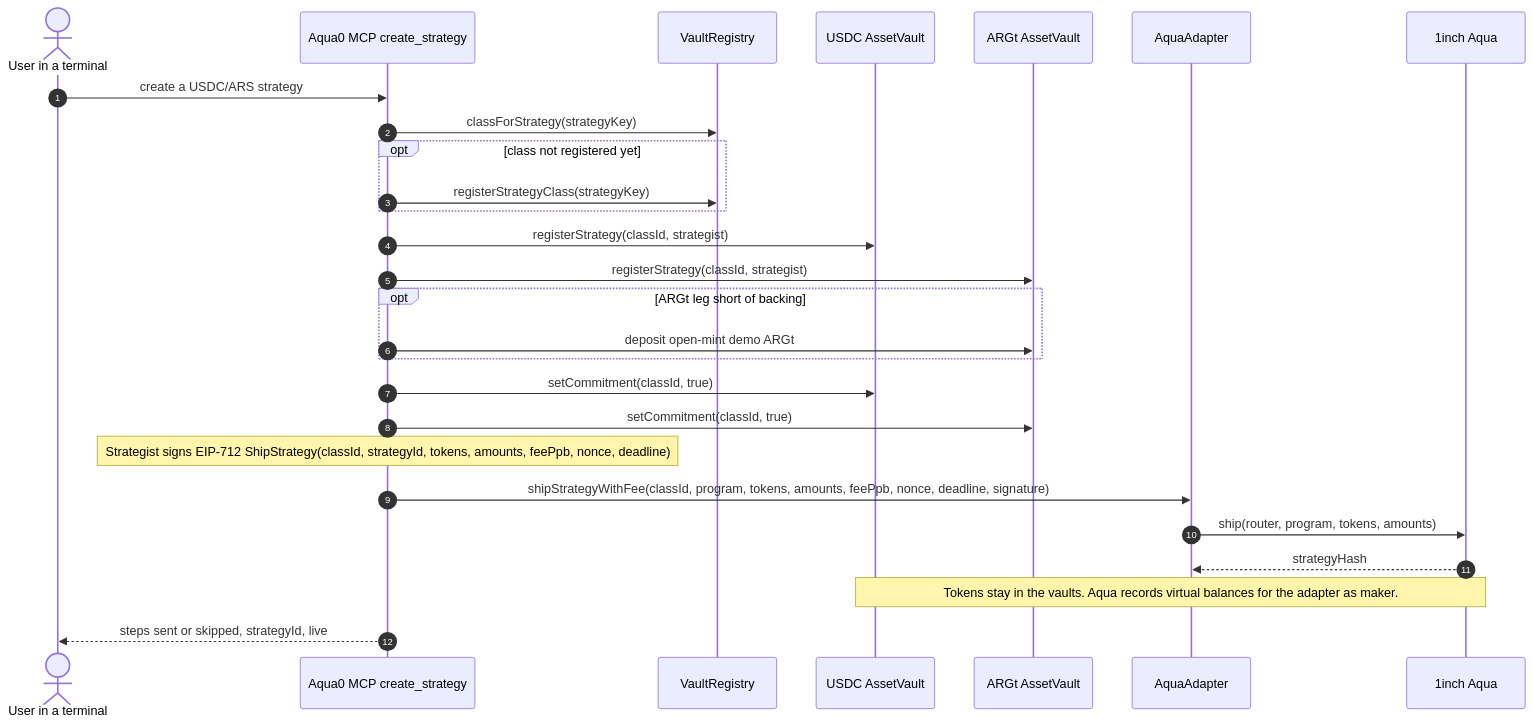
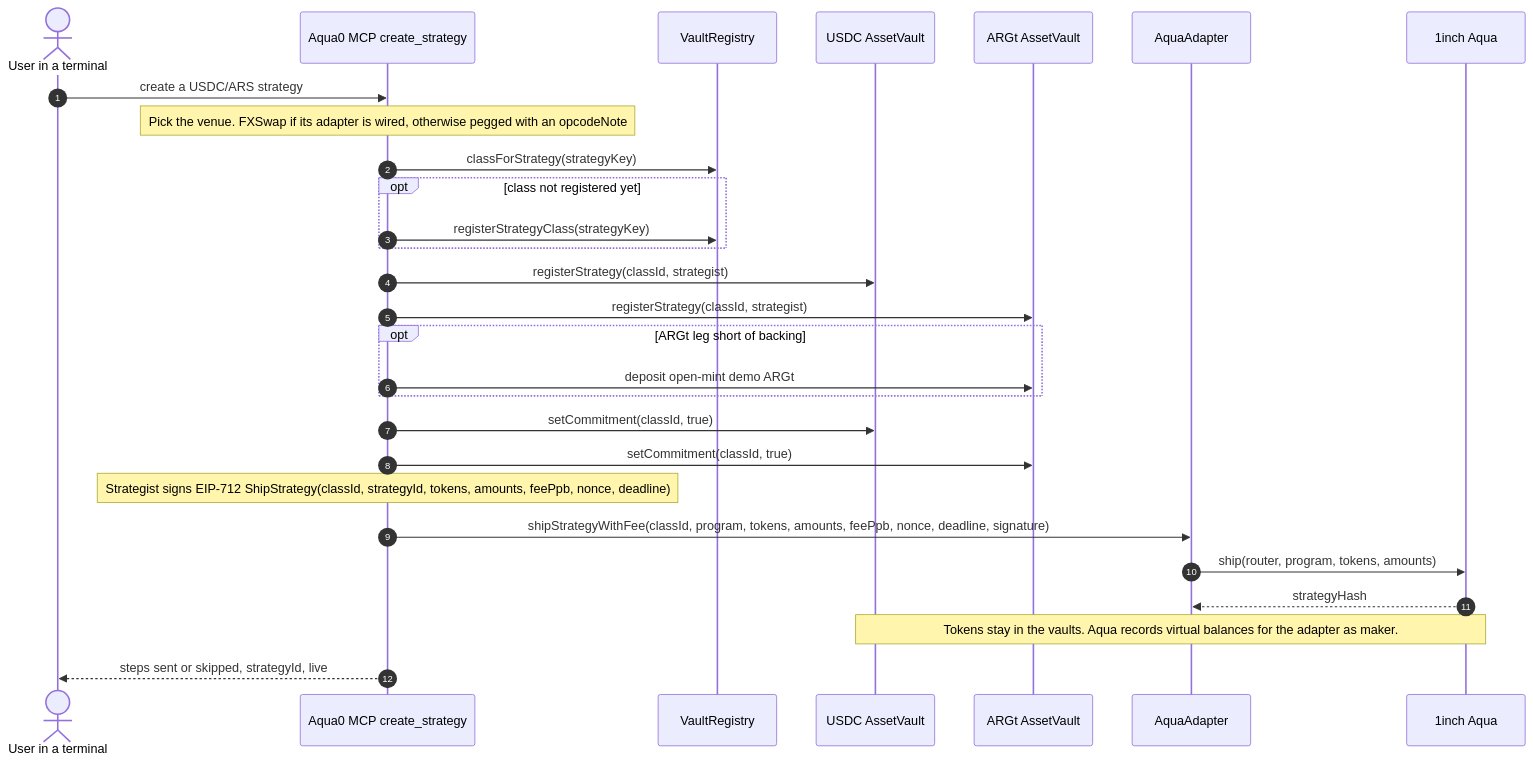
One commit to Aqua0-fi/aqua0-ethglobal changed the third of 5 diagrams in README.md. Above: the diagram before and after it, drawn with Mermaid. The commit also changed other lines of this file and 8 other files, not shown here.

Commit message:
docs: record the live Arc run, the FXSwap venue and add the Aqua0 agent skill

````diff
--- a/README.md
+++ b/README.md
@@ -168,30 +191,31 @@
 ```mermaid
 sequenceDiagram
   autonumber
   actor User as User in a terminal
   participant MCP as Aqua0 MCP create_strategy
   participant Registry as VaultRegistry
   participant UV as USDC AssetVault
   participant FV as ARGt AssetVault
   participant Adapter as AquaAdapter
   participant Aqua as 1inch Aqua
 
   User->>MCP: create a USDC/ARS strategy
+  Note over MCP: Pick the venue. FXSwap if its adapter is wired, otherwise pegged with an opcodeNote
   MCP->>Registry: classForStrategy(strategyKey)
   opt class not registered yet
     MCP->>Registry: registerStrategyClass(strategyKey)
   end
   MCP->>UV: registerStrategy(classId, strategist)
   MCP->>FV: registerStrategy(classId, strategist)
   opt ARGt leg short of backing
     MCP->>FV: deposit open-mint demo ARGt
   end
   MCP->>UV: setCommitment(classId, true)
   MCP->>FV: setCommitment(classId, true)
   Note over MCP: Strategist signs EIP-712 ShipStrategy(classId, strategyId, tokens, amounts, feePpb, nonce, deadline)
   MCP->>Adapter: shipStrategyWithFee(classId, program, tokens, amounts, feePpb, nonce, deadline, signature)
   Adapter->>Aqua: ship(router, program, tokens, amounts)
   Aqua-->>Adapter: strategyHash
   Note over UV,Aqua: Tokens stay in the vaults. Aqua records virtual balances for the adapter as maker.
   MCP-->>User: steps sent or skipped, strategyId, live
 ```
````
